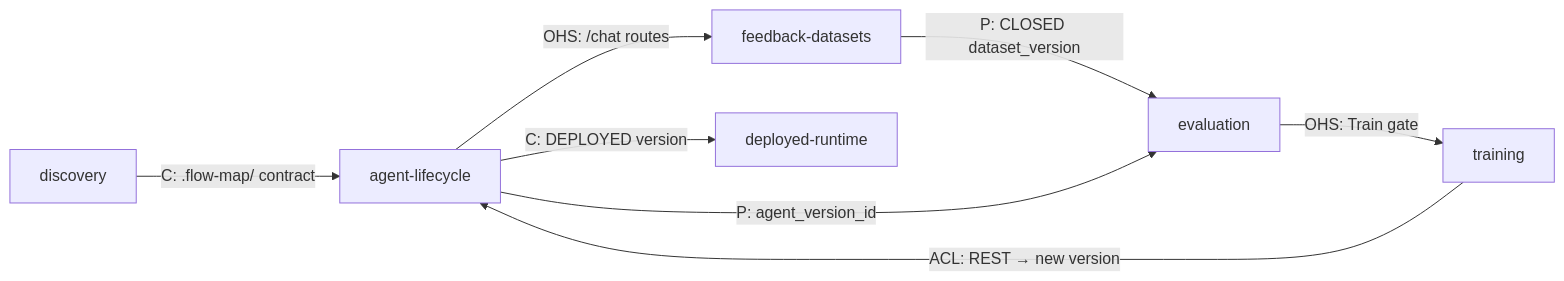
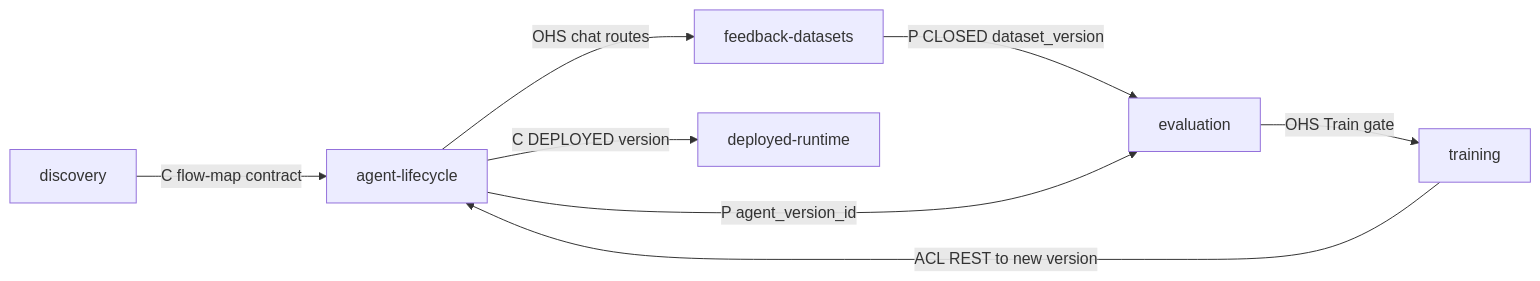
Before and after one commit to DACdigital/openbbc-docs: the diagram in docs/architecture/current/ddd/context-map.md, drawn with Mermaid. The commit also changed 5 other files, not shown here.

````diff
--- a/docs/architecture/current/ddd/context-map.md
+++ b/docs/architecture/current/ddd/context-map.md
@@ -35,17 +35,17 @@
 ```mermaid
 flowchart LR
     DIS[discovery]
     AL[agent-lifecycle]
     FD[feedback-datasets]
     EV[evaluation]
     TR[training]
     DR[deployed-runtime]
 
-    DIS -- "C: .flow-map/ contract" --> AL
-    AL -- "OHS: /chat routes" --> FD
-    FD -- "P: CLOSED dataset_version" --> EV
-    AL -- "P: agent_version_id" --> EV
-    EV -- "OHS: Train gate" --> TR
-    TR -- "ACL: REST → new version" --> AL
-    AL -- "C: DEPLOYED version" --> DR
+    DIS -- "C flow-map contract" --> AL
+    AL -- "OHS chat routes" --> FD
+    FD -- "P CLOSED dataset_version" --> EV
+    AL -- "P agent_version_id" --> EV
+    EV -- "OHS Train gate" --> TR
+    TR -- "ACL REST to new version" --> AL
+    AL -- "C DEPLOYED version" --> DR
 ```
````
